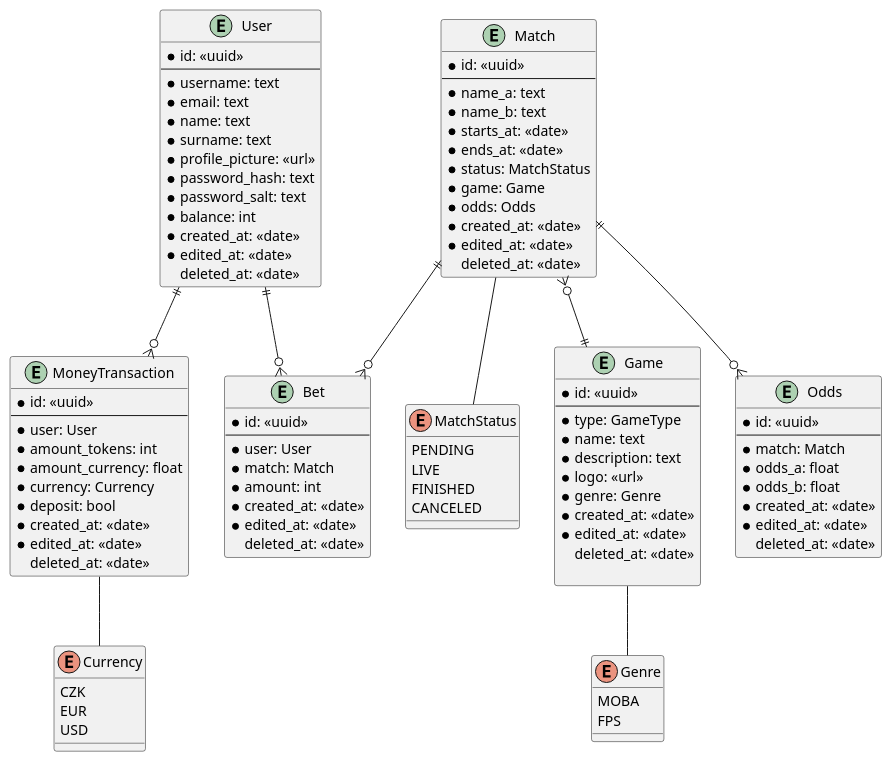
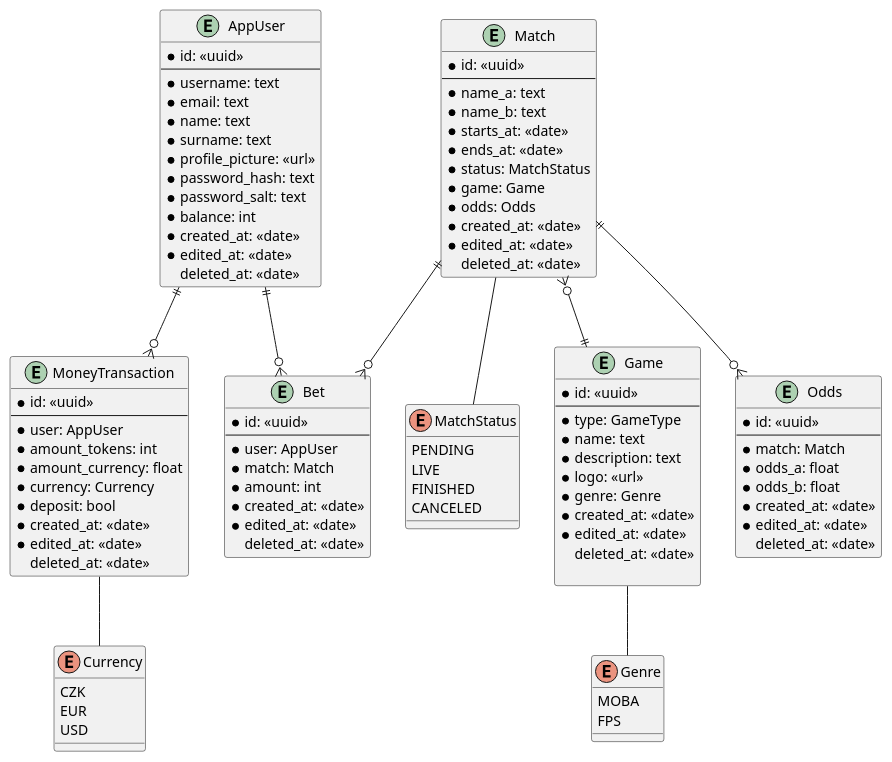
One commit to Average-Rust-Enjoyers/Starbet-Live changed the diagram in starbet.puml. Above: the diagram before and after it, drawn with PlantUML.

Commit message:
fix: User -> AppUser

```diff
--- a/starbet.puml
+++ b/starbet.puml
@@ -1,110 +1,110 @@
 @startuml starbet-live
 
-entity User {
+entity AppUser {
     * id: <<uuid>>
     ---
     * username: text
     * email: text
     * name: text
     * surname: text
     * profile_picture: <<url>>
     * password_hash: text
     * password_salt: text
     * balance: int
     * created_at: <<date>>
     * edited_at: <<date>>
     deleted_at: <<date>>
 }
 
 entity Match {
     * id: <<uuid>>
     ---
     * name_a: text
     * name_b: text
     * starts_at: <<date>>
     * ends_at: <<date>>
     * status: MatchStatus
     * game: Game
     * odds: Odds
     * created_at: <<date>>
     * edited_at: <<date>>
     deleted_at: <<date>>
 }
 
 enum MatchStatus {
     PENDING
     LIVE
     FINISHED
     CANCELED
 }
 
 entity Game {
     * id: <<uuid>>
     ---
     * type: GameType
     * name: text
     * description: text
     * logo: <<url>>
     * genre: Genre
     * created_at: <<date>>
     * edited_at: <<date>>
     deleted_at: <<date>>
 
 }
 
 entity Bet {
     * id: <<uuid>>
     ---
-    * user: User
+    * user: AppUser
     * match: Match
     * amount: int
     * created_at: <<date>>
     * edited_at: <<date>>
     deleted_at: <<date>>
 }
 
 entity Odds {
     * id: <<uuid>>
     ---
     * match: Match
     * odds_a: float
     * odds_b: float
     * created_at: <<date>>
     * edited_at: <<date>>
     deleted_at: <<date>>
 }
 
 entity MoneyTransaction {
     * id: <<uuid>>
     ---
-    * user: User
+    * user: AppUser
     * amount_tokens: int
     * amount_currency: float
     * currency: Currency
     * deposit: bool
     * created_at: <<date>>
     * edited_at: <<date>>
     deleted_at: <<date>>
 }
 
 enum Currency {
     CZK
     EUR
     USD
 }
 
 enum Genre {
     MOBA
     FPS
 }
 
 Match }o--|| Game
 Match ||--o{ Bet
 Match ||--o{ Odds
-User ||--o{ Bet
-User ||--o{ MoneyTransaction
+AppUser ||--o{ Bet
+AppUser ||--o{ MoneyTransaction
 Match -- MatchStatus
 Game -- Genre
 MoneyTransaction -- Currency
 
 @enduml
```
